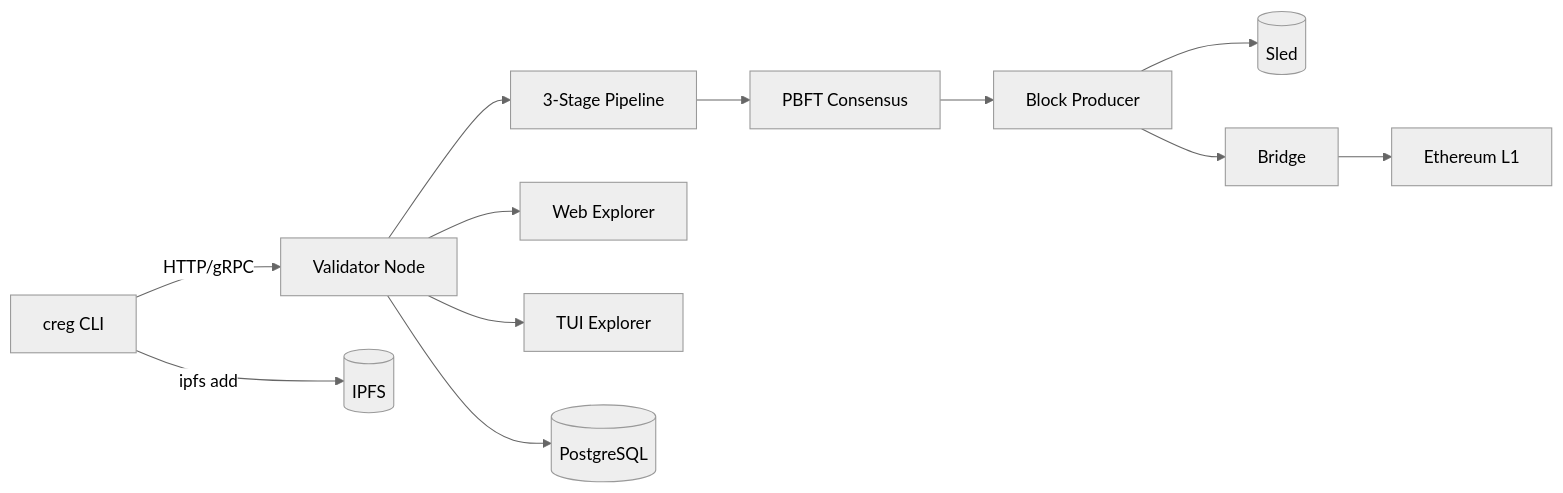
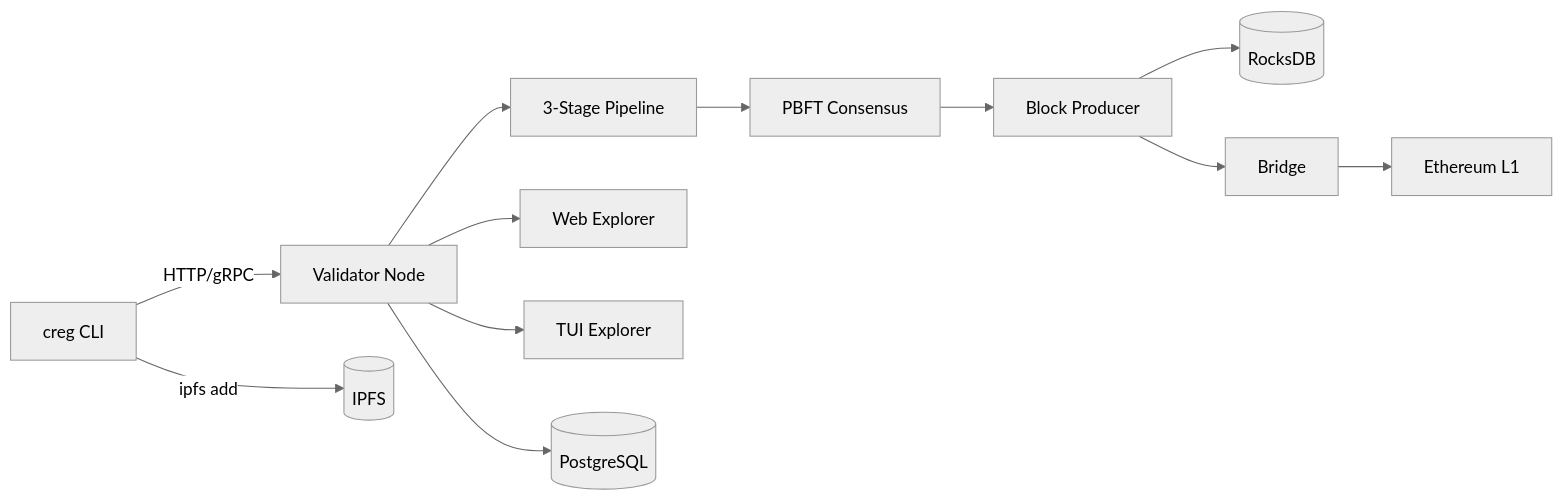
One commit to samuel-1-avson/chain-registry-blockchain-CREG- changed the diagram in README.md. Above: the diagram before and after it, drawn with Mermaid (neutral theme). The commit also changed other lines of this file and 39 other files, not shown here.

````diff
--- a/README.md
+++ b/README.md
@@ -69,14 +69,14 @@
 ```mermaid
 graph LR
     CLI[creg CLI] -->|HTTP/gRPC| NODE[Validator Node]
     CLI -->|ipfs add| IPFS[(IPFS)]
     NODE --> PIPE[3-Stage Pipeline]
     PIPE --> PBFT[PBFT Consensus]
     PBFT --> BP[Block Producer]
-    BP --> SLED[(Sled)]
+    BP --> ROCKS[(RocksDB)]
     BP --> BR[Bridge]
     BR --> L1[Ethereum L1]
     NODE --> WEB[Web Explorer]
     NODE --> TUI[TUI Explorer]
     NODE --> PG[(PostgreSQL)]
 ```
````
